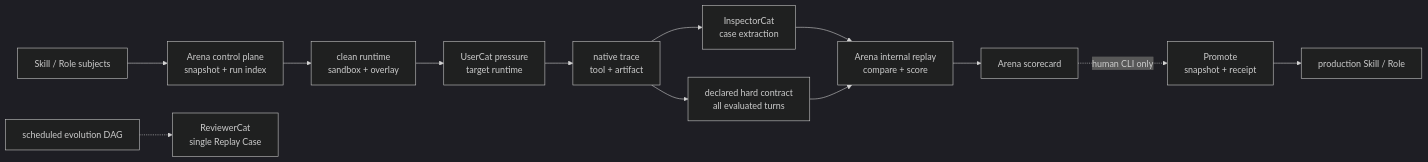
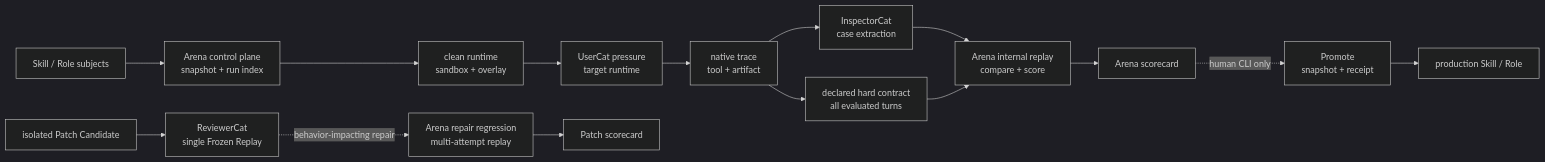
The first of 2 diagrams in docs/arena/SPEC.md (fightheyyy/XiaoBa-CLI), drawn with Mermaid (dark theme) before and after one commit. The commit also changed other lines of this file and 24 other files, not shown here.

Commit message:
implement governed patch evolution gates

````diff
--- a/docs/arena/SPEC.md
+++ b/docs/arena/SPEC.md
@@ -101,16 +103,18 @@
 ```mermaid
 flowchart LR
     Subjects["Skill / Role subjects"] --> Control["Arena control plane<br/>snapshot + run index"]
     Control --> Clean["clean runtime<br/>sandbox + overlay"]
     Clean --> Pressure["UserCat pressure<br/>target runtime"]
     Pressure --> Evidence["native trace<br/>tool + artifact"]
     Evidence --> Inspect["InspectorCat<br/>case extraction"]
     Evidence --> Contract["declared hard contract<br/>all evaluated turns"]
     Inspect --> Replay["Arena internal replay<br/>compare + score"]
     Contract --> Replay
     Replay --> Score["Arena scorecard"]
     Score -. "human CLI only" .-> Promote["Promote<br/>snapshot + receipt"]
     Promote --> Production["production Skill / Role"]
 
-    Dag["scheduled evolution DAG"] -.-> Reviewer["ReviewerCat<br/>single Replay Case"]
+    Patch["isolated Patch Candidate"] --> Reviewer["ReviewerCat<br/>single Frozen Replay"]
+    Reviewer -. "behavior-impacting repair" .-> Regression["Arena repair regression<br/>multi-attempt replay"]
+    Regression --> PatchScore["Patch scorecard"]
 ```
````
